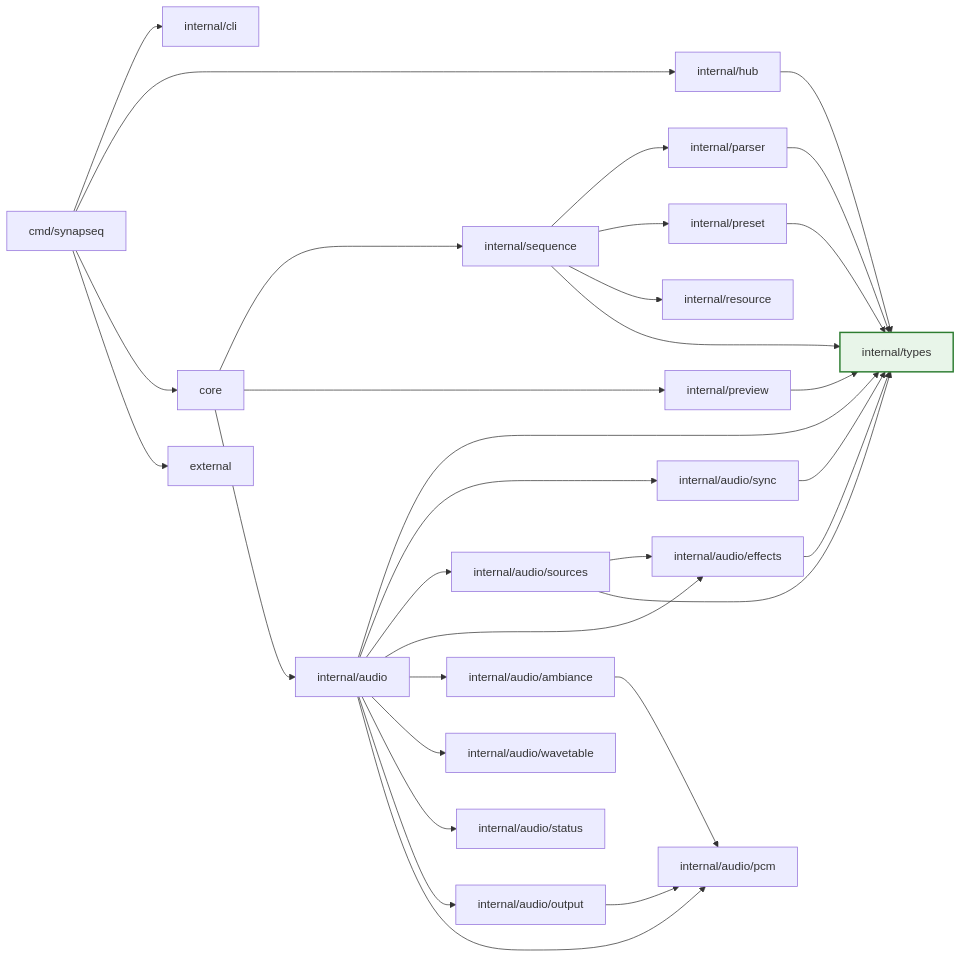
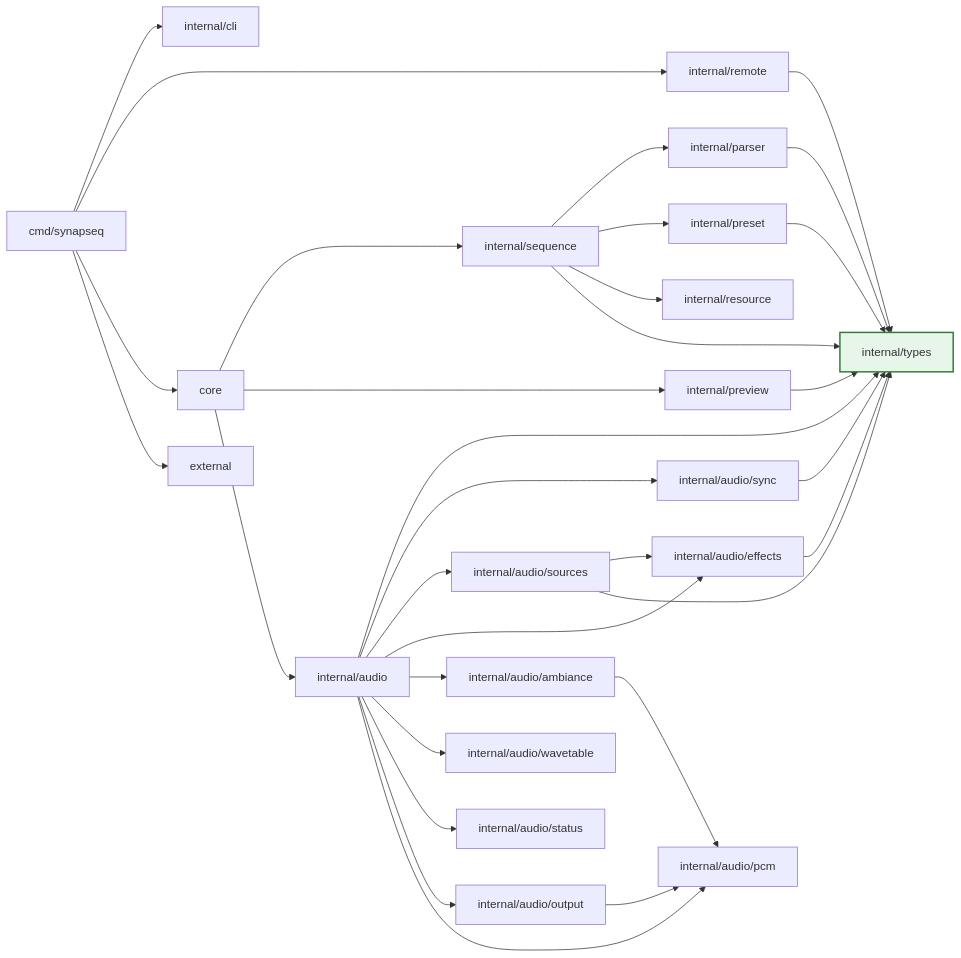
One commit to synapseq-foundation/synapseq changed the second of 5 diagrams in docs/ARCHITECTURE.md. Above: the diagram before and after it, drawn with Mermaid. The commit also changed other lines of this file and 2 other files, not shown here.

Commit message:
docs: updated remote info

````diff
--- a/docs/ARCHITECTURE.md
+++ b/docs/ARCHITECTURE.md
@@ -172,42 +172,42 @@
 ```mermaid
 flowchart LR
 	CMD[cmd/synapseq] --> CLI[internal/cli]
-	CMD --> HUB[internal/hub]
+	CMD --> REMOTE[internal/remote]
 	CMD --> CORE[core]
 	CMD --> EXT[external]
 
 	CORE --> SEQ[internal/sequence]
 	CORE --> PREVIEW[internal/preview]
 	CORE --> AUDIO[internal/audio]
 
 	SEQ --> PARSER[internal/parser]
 	SEQ --> PRESET[internal/preset]
 	SEQ --> RESOURCE[internal/resource]
 	SEQ --> TYPES[internal/types]
 
 	PARSER --> TYPES
 	PRESET --> TYPES
 	PREVIEW --> TYPES
 	AUDIO --> TYPES
-	HUB --> TYPES
+	REMOTE --> TYPES
 
 	AUDIO --> SYNC[internal/audio/sync]
 	AUDIO --> SOURCES[internal/audio/sources]
 	AUDIO --> EFFECTS[internal/audio/effects]
 	AUDIO --> AMB[internal/audio/ambiance]
 	AUDIO --> WAVETABLE[internal/audio/wavetable]
 	AUDIO --> STATUS[internal/audio/status]
 	AUDIO --> OUTPUT[internal/audio/output]
 	AUDIO --> PCM[internal/audio/pcm]
 
 	OUTPUT --> PCM
 	SOURCES --> EFFECTS
 	SOURCES --> TYPES
 	EFFECTS --> TYPES
 	SYNC --> TYPES
 	AMB --> PCM
 
 	TYPES:::leaf
 
 	classDef leaf fill:#e8f5e9,stroke:#2e7d32,stroke-width:2px;
 ```
````
